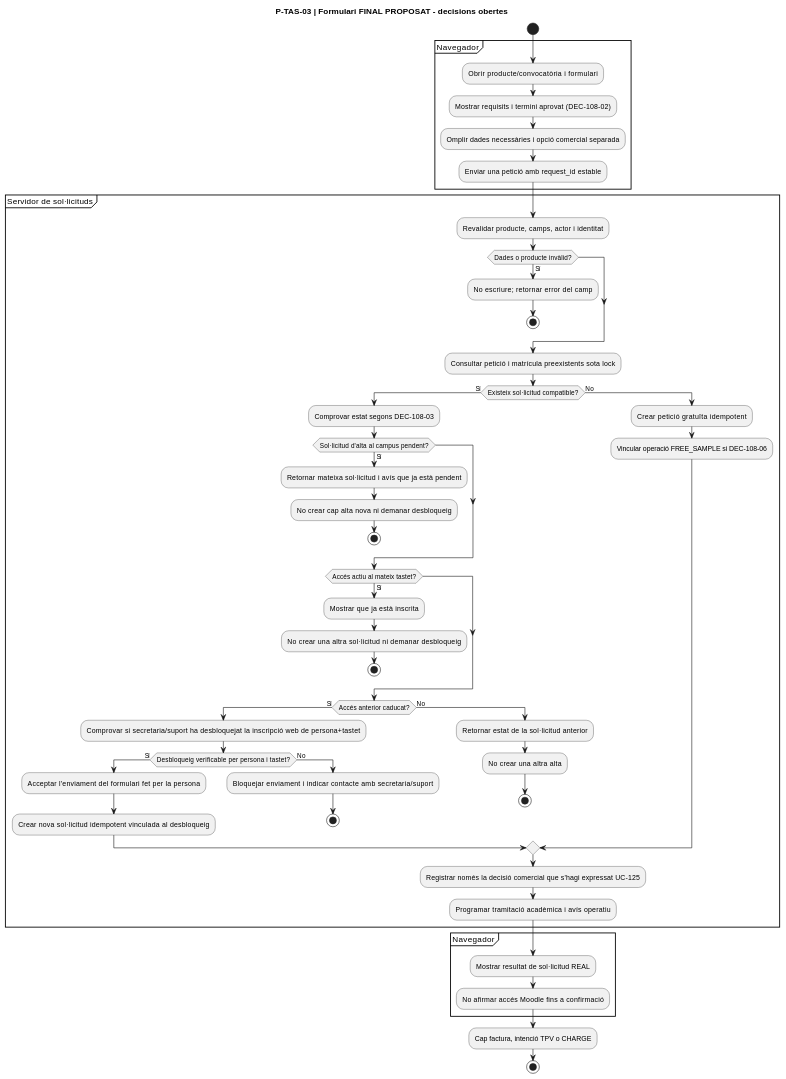
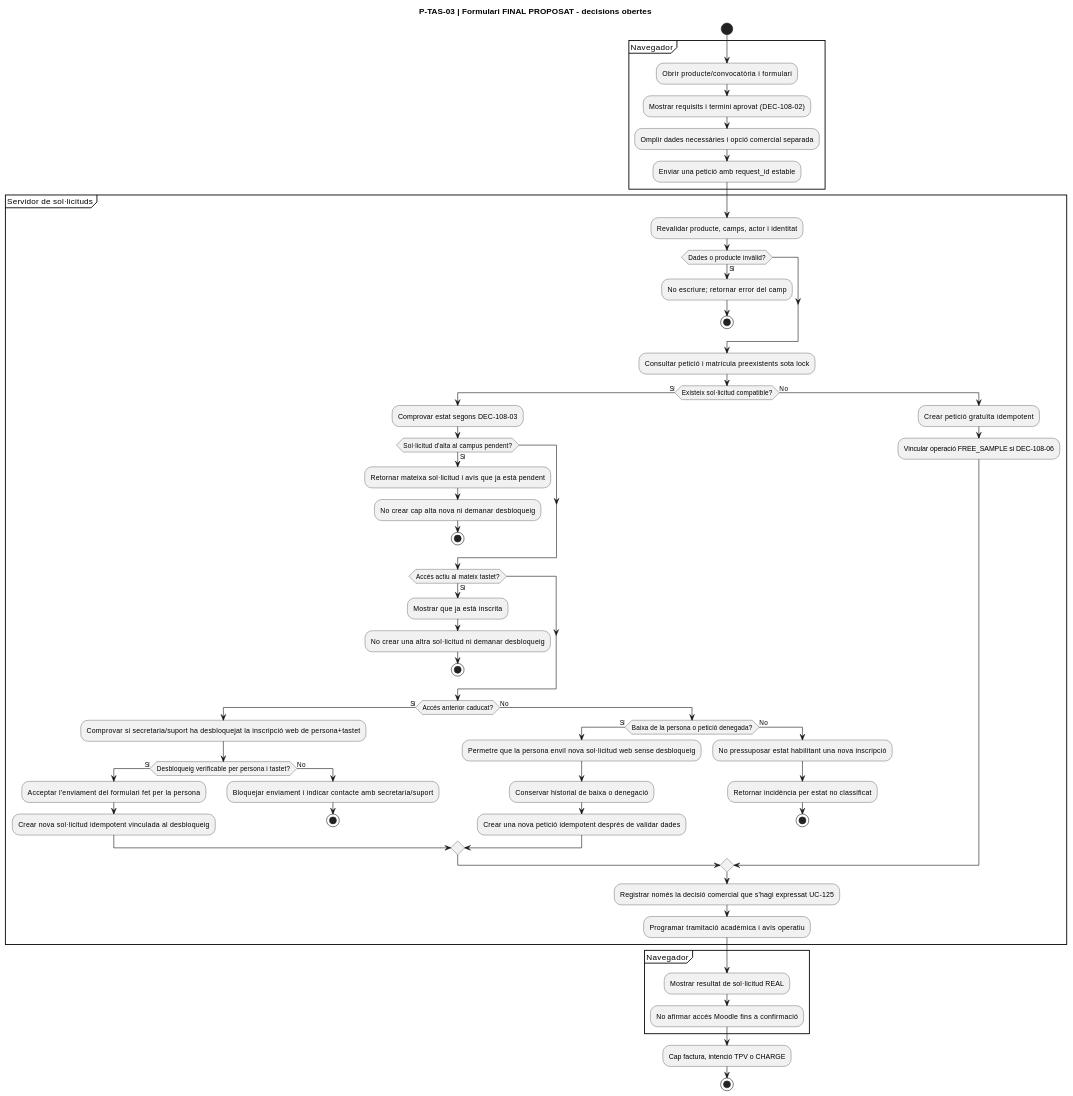
Before and after one commit to orgmeriemprismacat-del/verifactu: diagram 16 of 32 in documentacio/07-uml-integrat/uc-108-activitats-pagines-tastets-actual-final.md, drawn with PlantUML. The commit also changed other lines of this file, not shown here.

Commit message:
docs(uml): distinguish withdrawn or denied tastet enrollment from expired access

````diff
--- a/documentacio/07-uml-integrat/uc-108-activitats-pagines-tastets-actual-final.md
+++ b/documentacio/07-uml-integrat/uc-108-activitats-pagines-tastets-actual-final.md
@@ -367,58 +367,64 @@
 ```plantuml
 @startuml
 title P-TAS-03 | Formulari FINAL PROPOSAT - decisions obertes
 start
 partition "Navegador" {
   :Obrir producte/convocatòria i formulari;
   :Mostrar requisits i termini aprovat (DEC-108-02);
   :Omplir dades necessàries i opció comercial separada;
   :Enviar una petició amb request_id estable;
 }
 partition "Servidor de sol·licituds" {
   :Revalidar producte, camps, actor i identitat;
   if (Dades o producte invàlid?) then (Sí)
     :No escriure; retornar error del camp;
     stop
   endif
   :Consultar petició i matrícula preexistents sota lock;
   if (Existeix sol·licitud compatible?) then (Sí)
     :Comprovar estat segons DEC-108-03;
     if (Sol·licitud d'alta al campus pendent?) then (Sí)
       :Retornar mateixa sol·licitud i avís que ja està pendent;
       :No crear cap alta nova ni demanar desbloqueig;
       stop
     endif
     if (Accés actiu al mateix tastet?) then (Sí)
       :Mostrar que ja està inscrita;
       :No crear una altra sol·licitud ni demanar desbloqueig;
       stop
     endif
     if (Accés anterior caducat?) then (Sí)
       :Comprovar si secretaria/suport ha desbloquejat la inscripció web de persona+tastet;
       if (Desbloqueig verificable per persona i tastet?) then (Sí)
         :Acceptar l'enviament del formulari fet per la persona;
         :Crear nova sol·licitud idempotent vinculada al desbloqueig;
       else (No)
         :Bloquejar enviament i indicar contacte amb secretaria/suport;
         stop
       endif
     else (No)
-      :Retornar estat de la sol·licitud anterior;
-      :No crear una altra alta;
-      stop
+      if (Baixa de la persona o petició denegada?) then (Sí)
+        :Permetre que la persona enviï nova sol·licitud web sense desbloqueig;
+        :Conservar historial de baixa o denegació;
+        :Crear una nova petició idempotent després de validar dades;
+      else (No)
+        :No pressuposar estat habilitant una nova inscripció;
+        :Retornar incidència per estat no classificat;
+        stop
+      endif
     endif
   else (No)
     :Crear petició gratuïta idempotent;
     :Vincular operació FREE_SAMPLE si DEC-108-06;
   endif
   :Registrar només la decisió comercial que s'hagi expressat UC-125;
   :Programar tramitació acadèmica i avís operatiu;
 }
 partition "Navegador" {
   :Mostrar resultat de sol·licitud REAL;
   :No afirmar accés Moodle fins a confirmació;
 }
 :Cap factura, intenció TPV o CHARGE;
 stop
 @enduml
 ```
````
